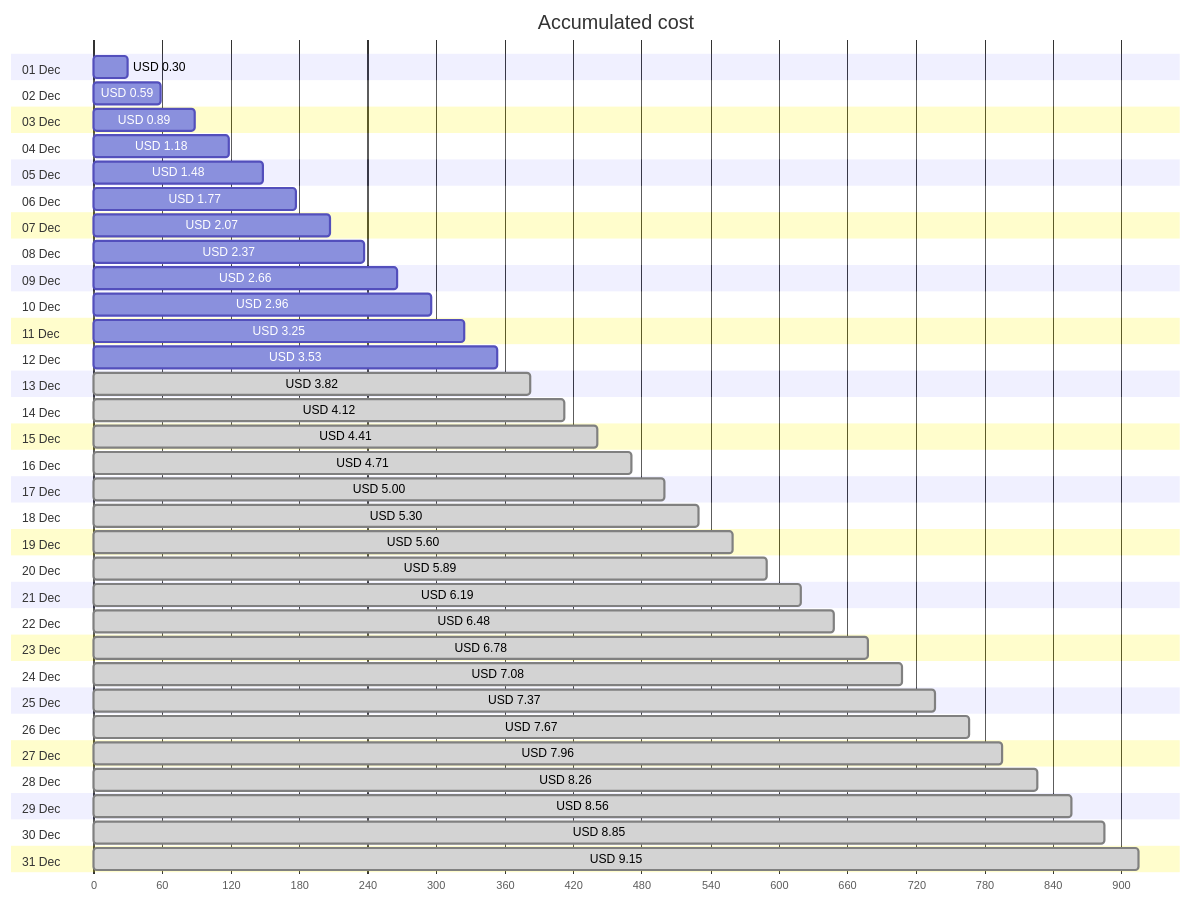
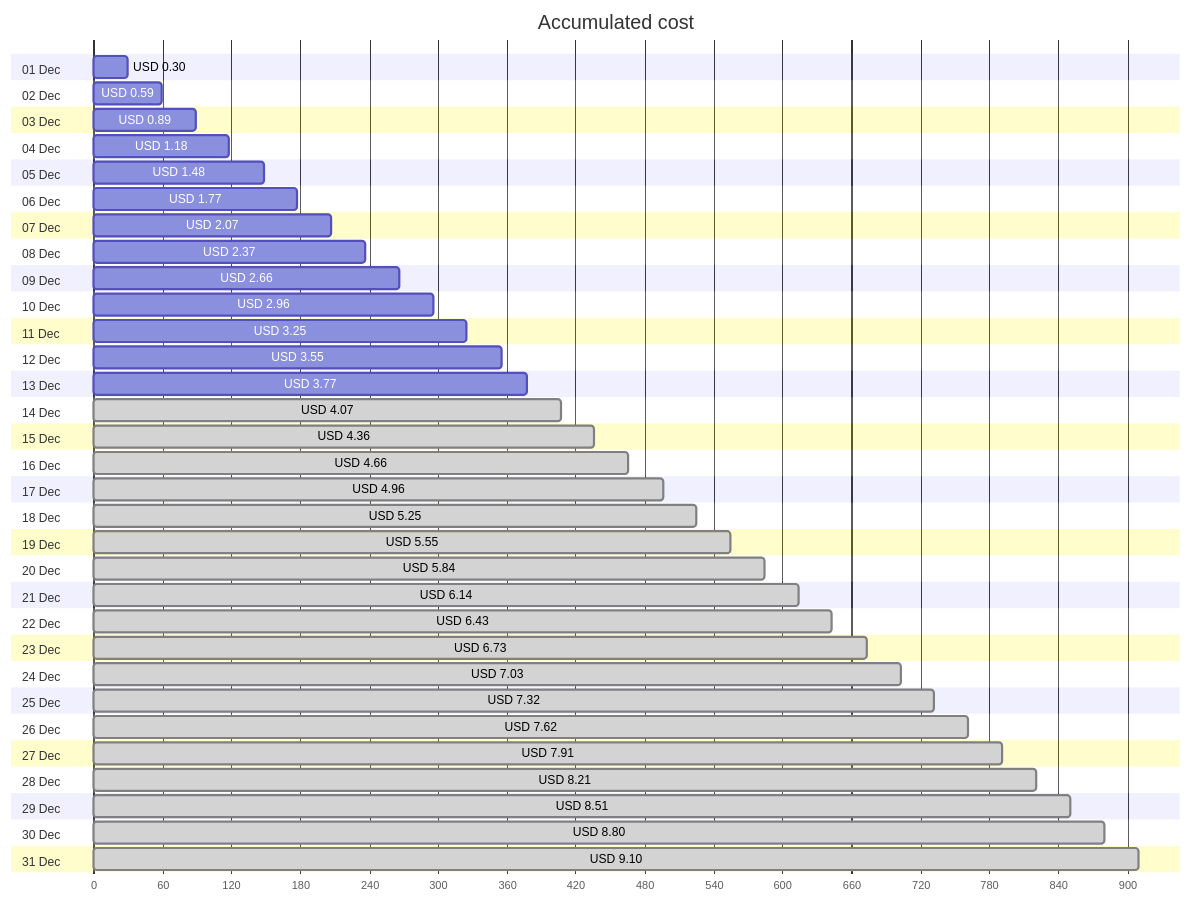
The first of 4 diagrams in cost-reports/personal-site/personal-site.md (jpfulton/azure-personal-reports), drawn with Mermaid before and after one commit. The commit also changed other lines of this file and 6 other files, not shown here.

````diff
--- a/cost-reports/personal-site/personal-site.md
+++ b/cost-reports/personal-site/personal-site.md
@@ -20,68 +20,68 @@
 ```mermaid
 gantt
    title Accumulated cost
    dateFormat  X
    axisFormat %s
    section 01 Dec
    USD 0.30 :0, 30
    section 02 Dec
    USD 0.59 :0, 59
    section 03 Dec
    USD 0.89 :0, 89
    section 04 Dec
    USD 1.18 :0, 118
    section 05 Dec
    USD 1.48 :0, 148
    section 06 Dec
    USD 1.77 :0, 177
    section 07 Dec
    USD 2.07 :0, 207
    section 08 Dec
    USD 2.37 :0, 237
    section 09 Dec
    USD 2.66 :0, 266
    section 10 Dec
    USD 2.96 :0, 296
    section 11 Dec
    USD 3.25 :0, 325
    section 12 Dec
-   USD 3.53 :0, 353
+   USD 3.55 :0, 355
    section 13 Dec
-   USD 3.82 : done, 0, 382
+   USD 3.77 :0, 377
    section 14 Dec
-   USD 4.12 : done, 0, 412
+   USD 4.07 : done, 0, 407
    section 15 Dec
-   USD 4.41 : done, 0, 441
+   USD 4.36 : done, 0, 436
    section 16 Dec
-   USD 4.71 : done, 0, 471
+   USD 4.66 : done, 0, 466
    section 17 Dec
-   USD 5.00 : done, 0, 500
+   USD 4.96 : done, 0, 496
    section 18 Dec
-   USD 5.30 : done, 0, 530
+   USD 5.25 : done, 0, 525
    section 19 Dec
-   USD 5.60 : done, 0, 560
+   USD 5.55 : done, 0, 555
    section 20 Dec
-   USD 5.89 : done, 0, 589
+   USD 5.84 : done, 0, 584
    section 21 Dec
-   USD 6.19 : done, 0, 619
+   USD 6.14 : done, 0, 614
    section 22 Dec
-   USD 6.48 : done, 0, 648
+   USD 6.43 : done, 0, 643
    section 23 Dec
-   USD 6.78 : done, 0, 678
+   USD 6.73 : done, 0, 673
    section 24 Dec
-   USD 7.08 : done, 0, 708
+   USD 7.03 : done, 0, 703
    section 25 Dec
-   USD 7.37 : done, 0, 737
+   USD 7.32 : done, 0, 732
    section 26 Dec
-   USD 7.67 : done, 0, 767
+   USD 7.62 : done, 0, 762
    section 27 Dec
-   USD 7.96 : done, 0, 796
+   USD 7.91 : done, 0, 791
    section 28 Dec
-   USD 8.26 : done, 0, 826
+   USD 8.21 : done, 0, 821
    section 29 Dec
-   USD 8.56 : done, 0, 856
+   USD 8.51 : done, 0, 851
    section 30 Dec
-   USD 8.85 : done, 0, 885
+   USD 8.80 : done, 0, 880
    section 31 Dec
-   USD 9.15 : done, 0, 915
+   USD 9.10 : done, 0, 910
 ```
````
